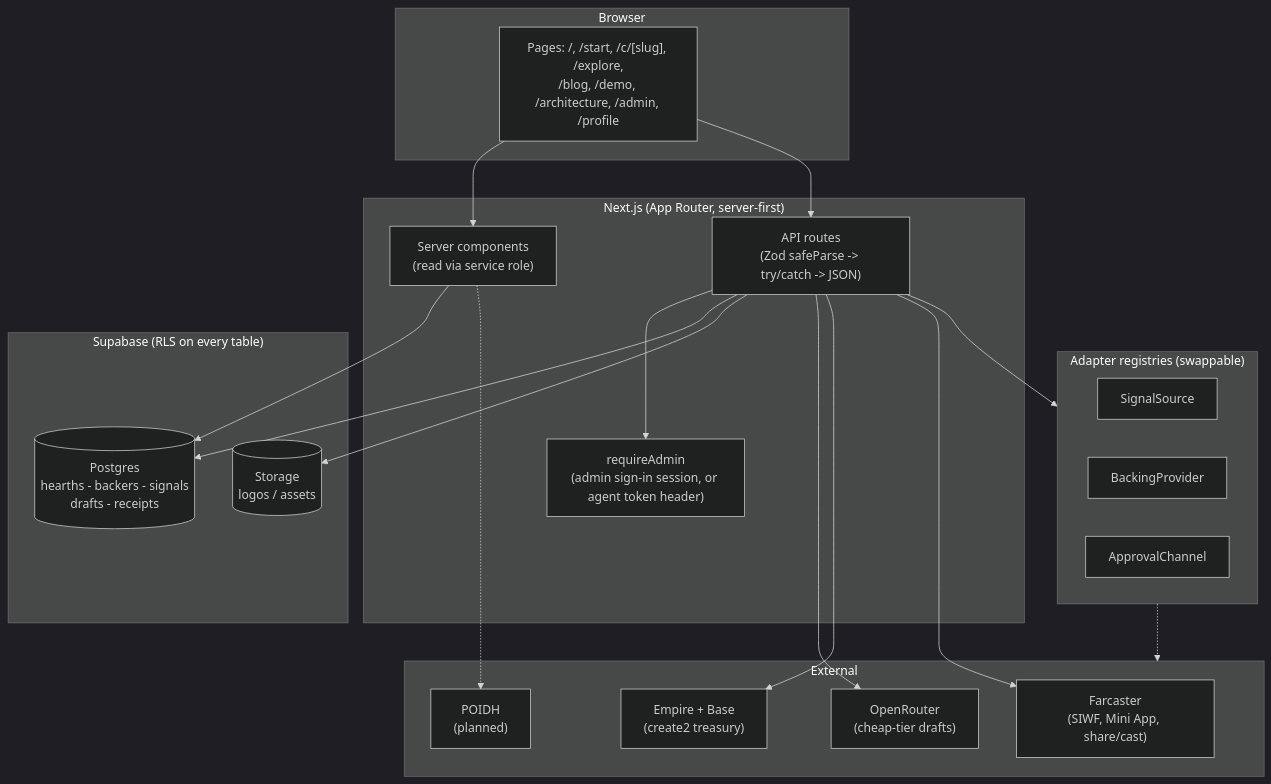
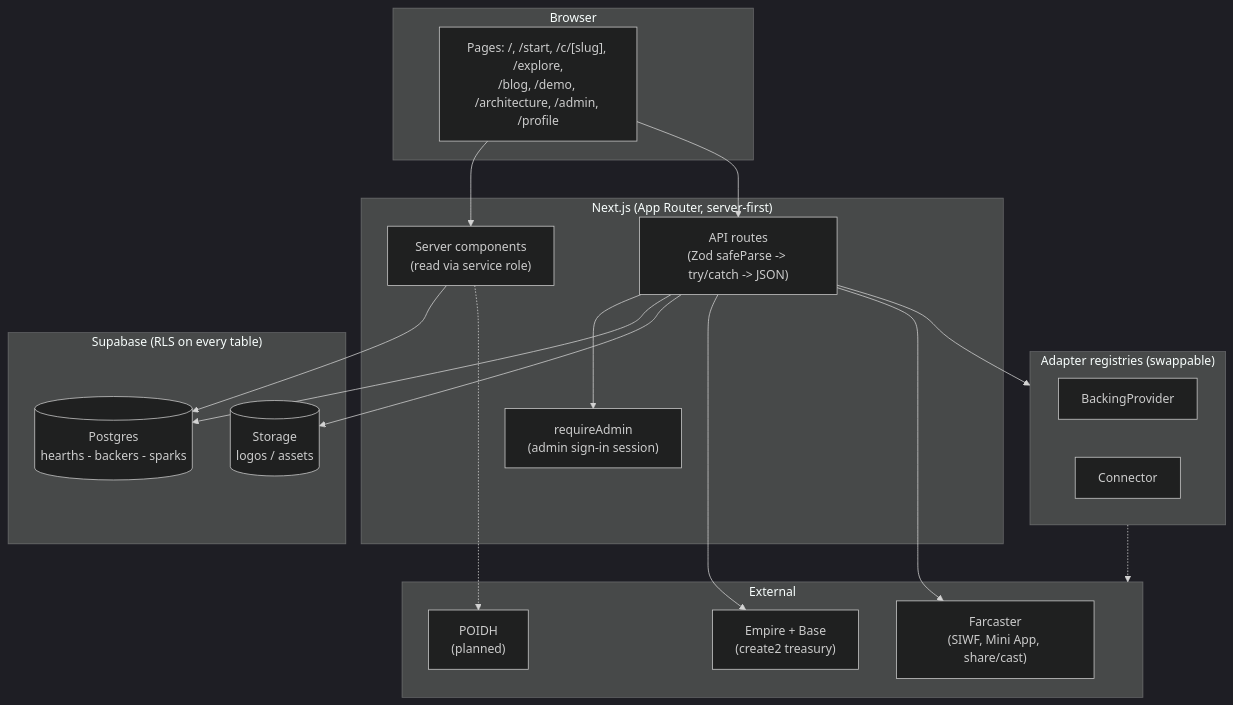
The second of 5 diagrams in README.md (bettercallzaal/sparkz), drawn with Mermaid (dark theme) before and after one commit. The commit also changed other lines of this file and 79 other files, not shown here.

First line of the commit message:
remove the Meme Engine and Meme Receipts code, agent and docs (Zaal, 19 Nov 2026)

````diff
--- a/README.md
+++ b/README.md
@@ -198,43 +192,40 @@
 ```mermaid
 flowchart TB
   subgraph Browser
     UI["Pages: /, /start, /c/[slug], /explore,<br/>/blog, /demo, /architecture, /admin, /profile"]
   end
 
   subgraph Next["Next.js (App Router, server-first)"]
     Pages["Server components<br/>(read via service role)"]
     API["API routes<br/>(Zod safeParse -> try/catch -> JSON)"]
-    Auth["requireAdmin<br/>(admin sign-in session, or agent token header)"]
+    Auth["requireAdmin<br/>(admin sign-in session)"]
   end
 
   subgraph Data["Supabase (RLS on every table)"]
-    DB[("Postgres<br/>hearths - backers - signals<br/>drafts - receipts")]
+    DB[("Postgres<br/>hearths - backers - sparks")]
     Store[("Storage<br/>logos / assets")]
   end
 
   subgraph Seams["Adapter registries (swappable)"]
-    SS["SignalSource"]
     BP["BackingProvider"]
-    AC["ApprovalChannel"]
+    CN["Connector"]
   end
 
   subgraph Ext["External"]
-    OR["OpenRouter<br/>(cheap-tier drafts)"]
     EM["Empire + Base<br/>(create2 treasury)"]
     FC["Farcaster<br/>(SIWF, Mini App, share/cast)"]
     PO["POIDH<br/>(planned)"]
   end
 
   UI --> Pages
   UI --> API
   API --> Auth
   Pages --> DB
   API --> DB
   API --> Store
   API --> Seams
   Seams -.-> Ext
-  API --> OR
   API --> EM
   API --> FC
   Pages -.-> PO
 ```
````
